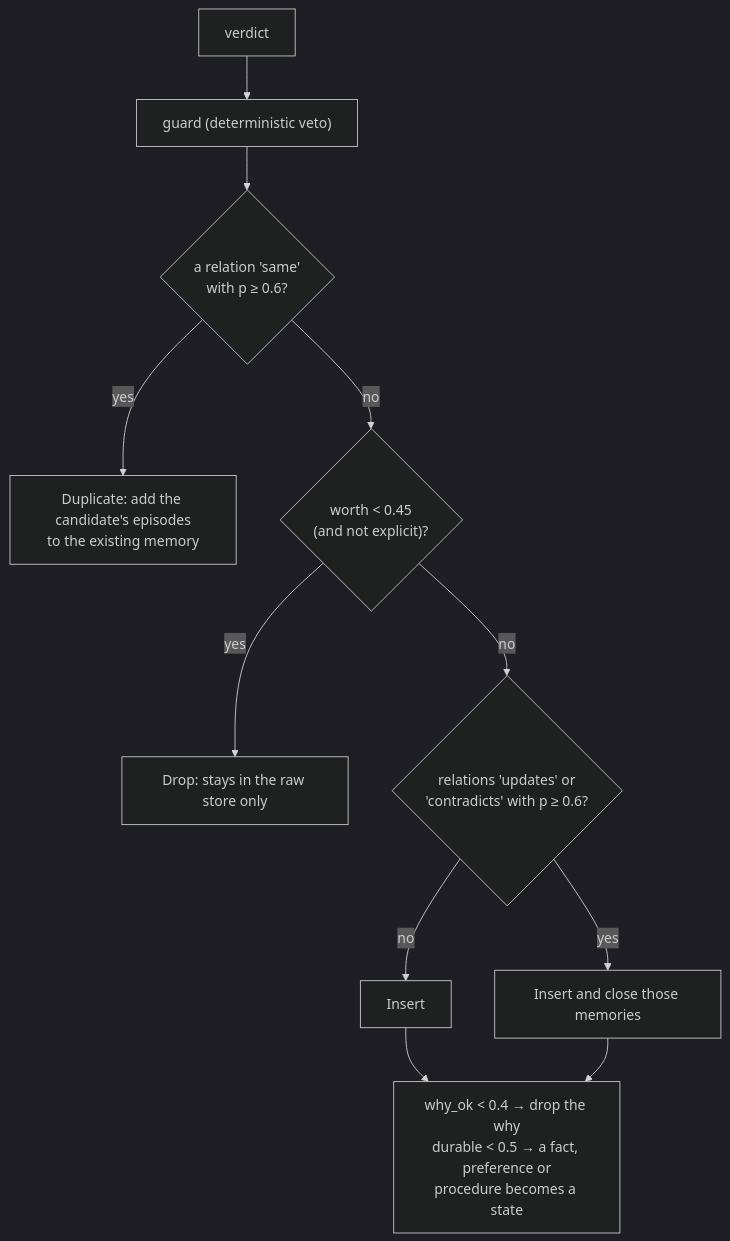
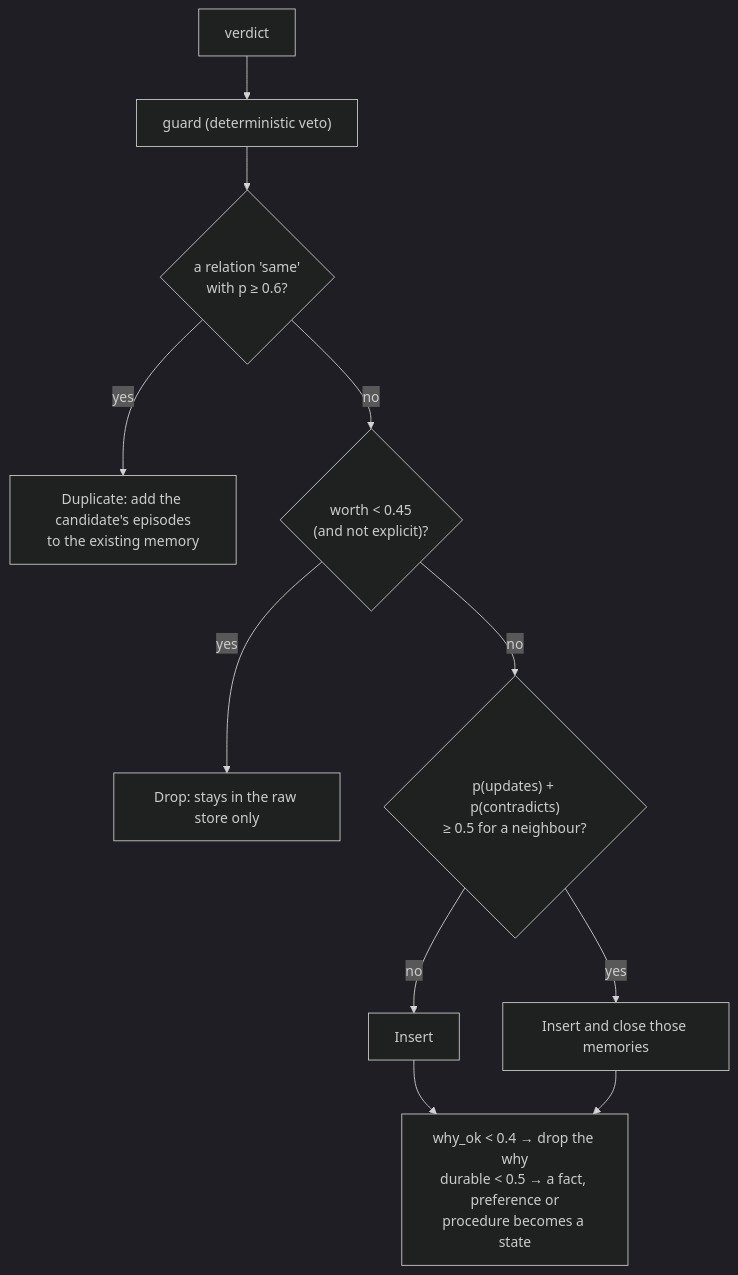
The third of 4 diagrams in docs/judge.md (mariojcr/mnemo), drawn with Mermaid (dark theme) before and after one commit. The commit also changed other lines of this file and 13 other files, not shown here.

````diff
--- a/docs/judge.md
+++ b/docs/judge.md
@@ -73,12 +76,12 @@
 ```mermaid
 flowchart TB
     V["verdict"] --> G["guard (deterministic veto)"]
     G --> Q1{"a relation 'same'<br/>with p ≥ 0.6?"}
     Q1 -- yes --> DUP["Duplicate: add the candidate's episodes<br/>to the existing memory"]
     Q1 -- no --> Q2{"worth < 0.45<br/>(and not explicit)?"}
     Q2 -- yes --> DROP["Drop: stays in the raw store only"]
-    Q2 -- no --> Q3{"relations 'updates' or<br/>'contradicts' with p ≥ 0.6?"}
+    Q2 -- no --> Q3{"p(updates) + p(contradicts)<br/>≥ 0.5 for a neighbour?"}
     Q3 -- yes --> SUP["Insert and close those memories"]
     Q3 -- no --> INS["Insert"]
     INS & SUP --> ADJ["why_ok < 0.4 → drop the why<br/>durable < 0.5 → a fact, preference or<br/>procedure becomes a state"]
 ```
````
